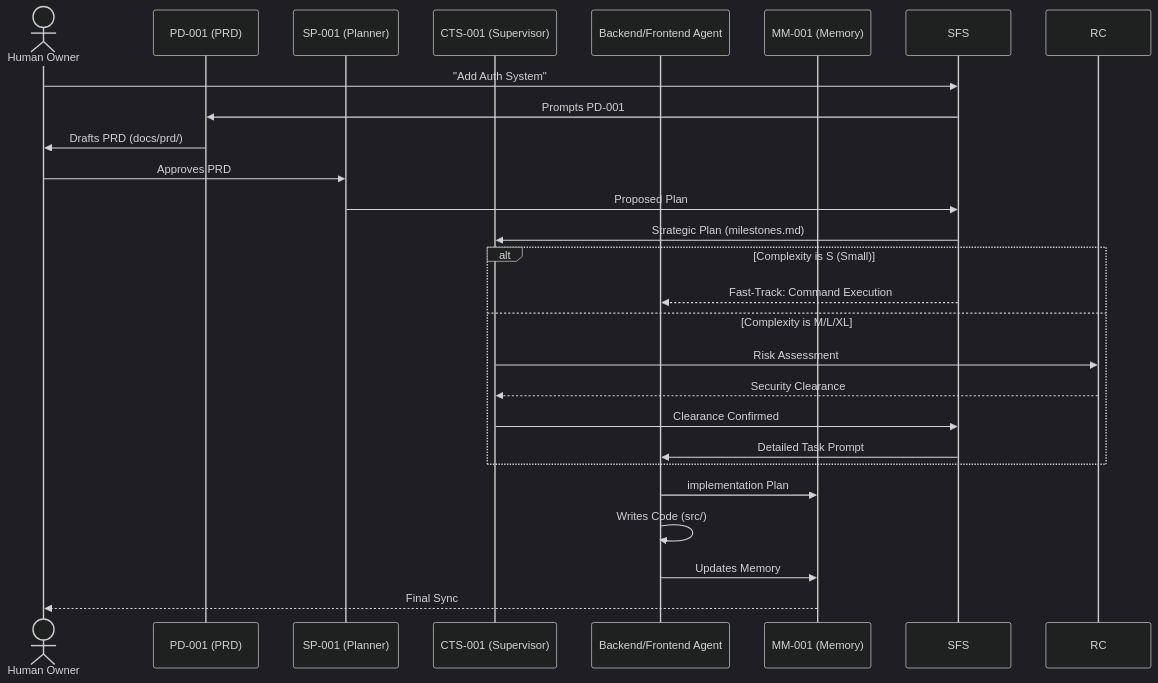
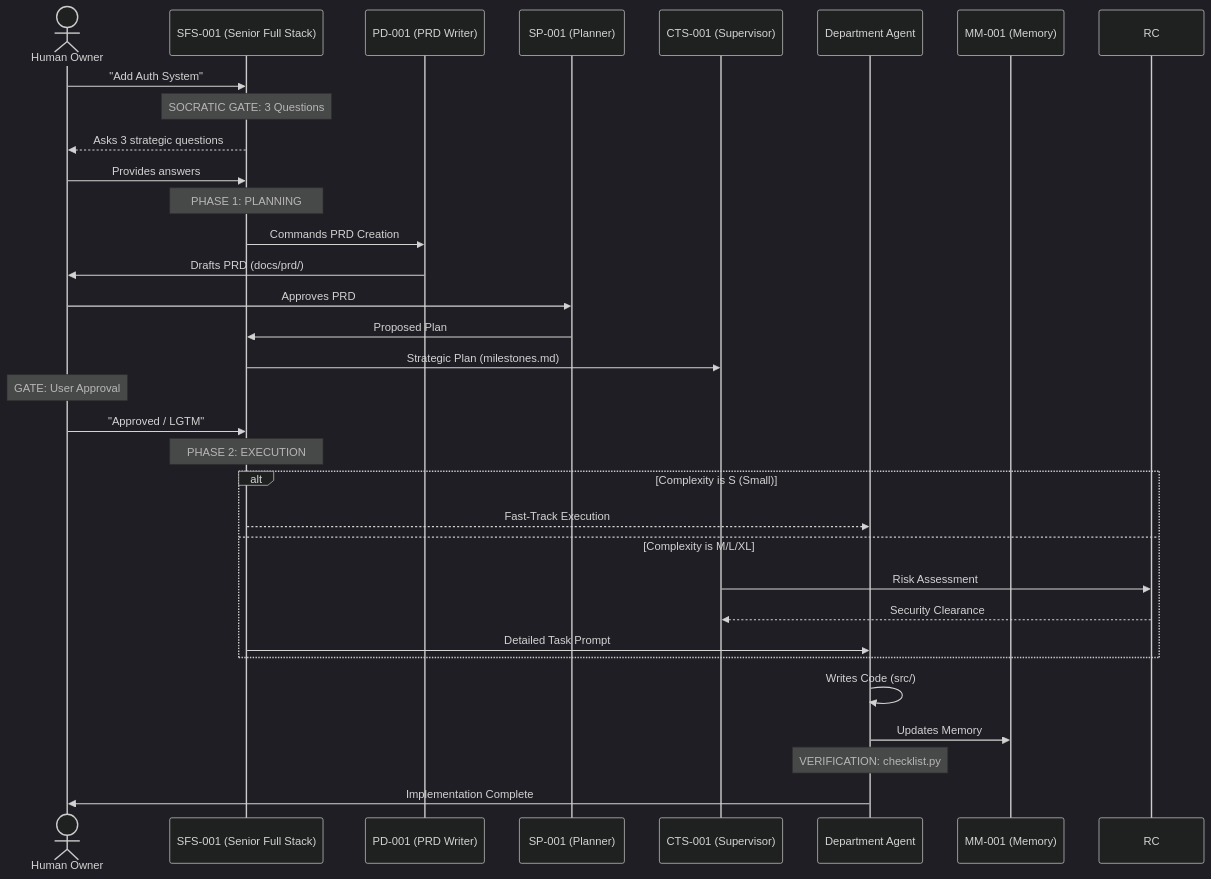
The second of 6 diagrams in README.md (Ab-aswini/Agent-kit-P1), drawn with Mermaid (dark theme) before and after one commit. The commit also changed other lines of this file and 7 other files, not shown here.

Commit message:
Integrated Iron Well patterns: Socratic Gate, 2-Phase Orchestration, and Industrial-Pro branding

````diff
--- a/README.md
+++ b/README.md
@@ -93,30 +105,39 @@
 ```mermaid
 sequenceDiagram
   actor Dev as Human Owner
-  participant PD as PD-001 (PRD)
+  participant SFS as SFS-001 (Senior Full Stack)
+  participant PD as PD-001 (PRD Writer)
   participant SP as SP-001 (Planner)
   participant CTS as CTS-001 (Supervisor)
-  participant ENG as Backend/Frontend Agent
+  participant ENG as Department Agent
   participant MM as MM-001 (Memory)
 
   Dev->>SFS: "Add Auth System"
-  SFS->>PD: Prompts PD-001
+  Note over SFS: SOCRATIC GATE: 3 Questions
+  SFS-->>Dev: Asks 3 strategic questions
+  Dev->>SFS: Provides answers
+  
+  Note over SFS: PHASE 1: PLANNING
+  SFS->>PD: Commands PRD Creation
   PD->>Dev: Drafts PRD (docs/prd/)
   Dev->>SP: Approves PRD
   SP->>SFS: Proposed Plan
   SFS->>CTS: Strategic Plan (milestones.md)
   
+  Note over Dev: GATE: User Approval
+  Dev->>SFS: "Approved / LGTM"
+
+  Note over SFS: PHASE 2: EXECUTION
   alt Complexity is S (Small)
-    SFS-->>ENG: Fast-Track: Command Execution
+    SFS-->>ENG: Fast-Track Execution
   else Complexity is M/L/XL
     CTS->>RC: Risk Assessment
     RC-->>CTS: Security Clearance
-    CTS->>SFS: Clearance Confirmed
     SFS->>ENG: Detailed Task Prompt
   end
 
-  ENG->>MM: implementation Plan
   ENG->>ENG: Writes Code (src/)
   ENG->>MM: Updates Memory
-  MM-->>Dev: Final Sync
+  Note over ENG: VERIFICATION: checklist.py
+  ENG->>Dev: Implementation Complete
 ```
````
